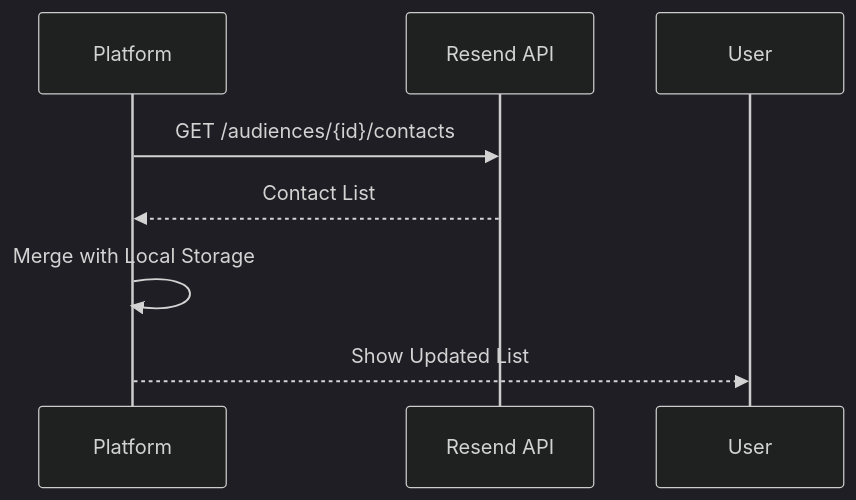
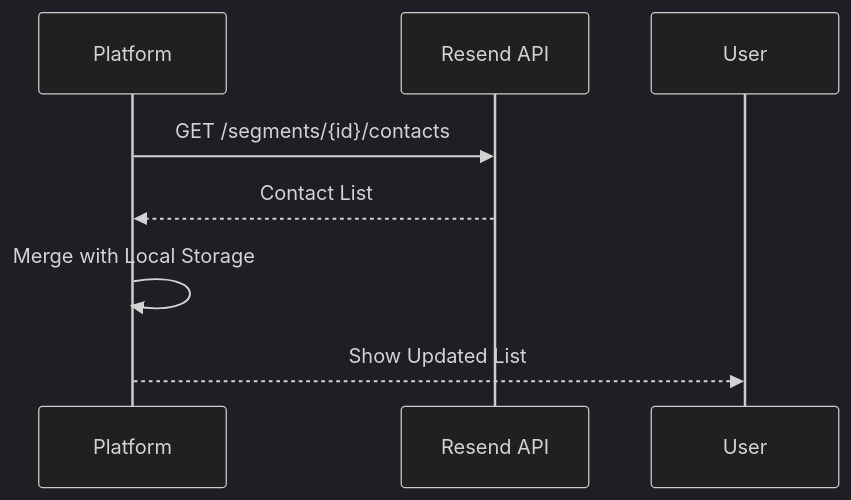
The fifth of 10 diagrams in TUTORIAL.md (ChanMeng666/send-joy), drawn with Mermaid (dark theme) before and after one commit. The commit also changed other lines of this file and 7 other files, not shown here.

````diff
--- a/TUTORIAL.md
+++ b/TUTORIAL.md
@@ -252,10 +258,10 @@
 ```mermaid
 sequenceDiagram
     participant Platform
     participant Resend API
 
-    Platform->>Resend API: GET /audiences/{id}/contacts
+    Platform->>Resend API: GET /segments/{id}/contacts
     Resend API-->>Platform: Contact List
     Platform->>Platform: Merge with Local Storage
     Platform-->>User: Show Updated List
 ```
````
